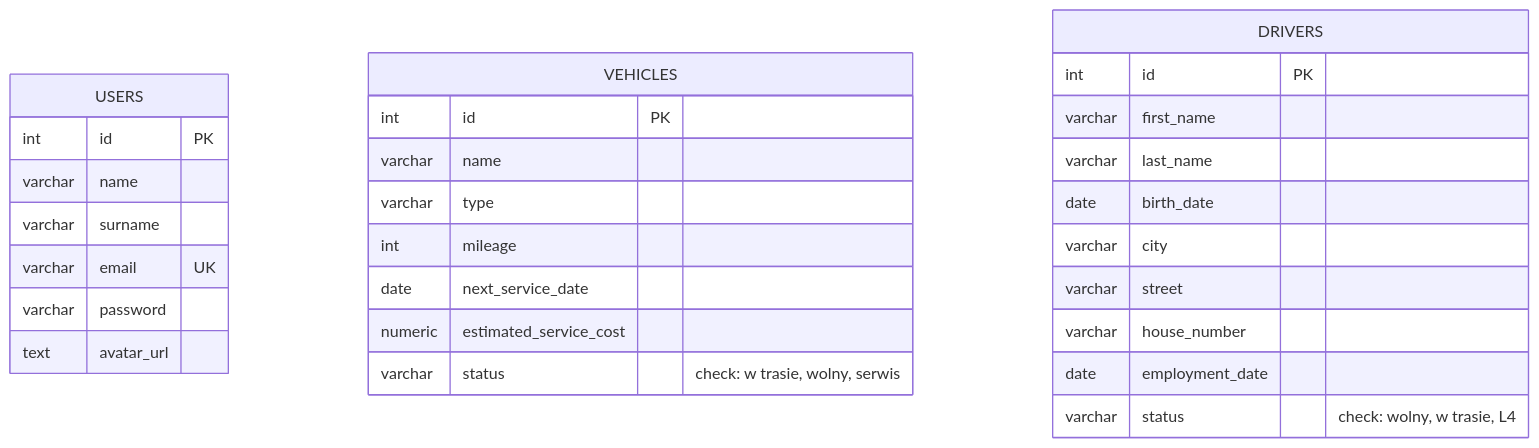
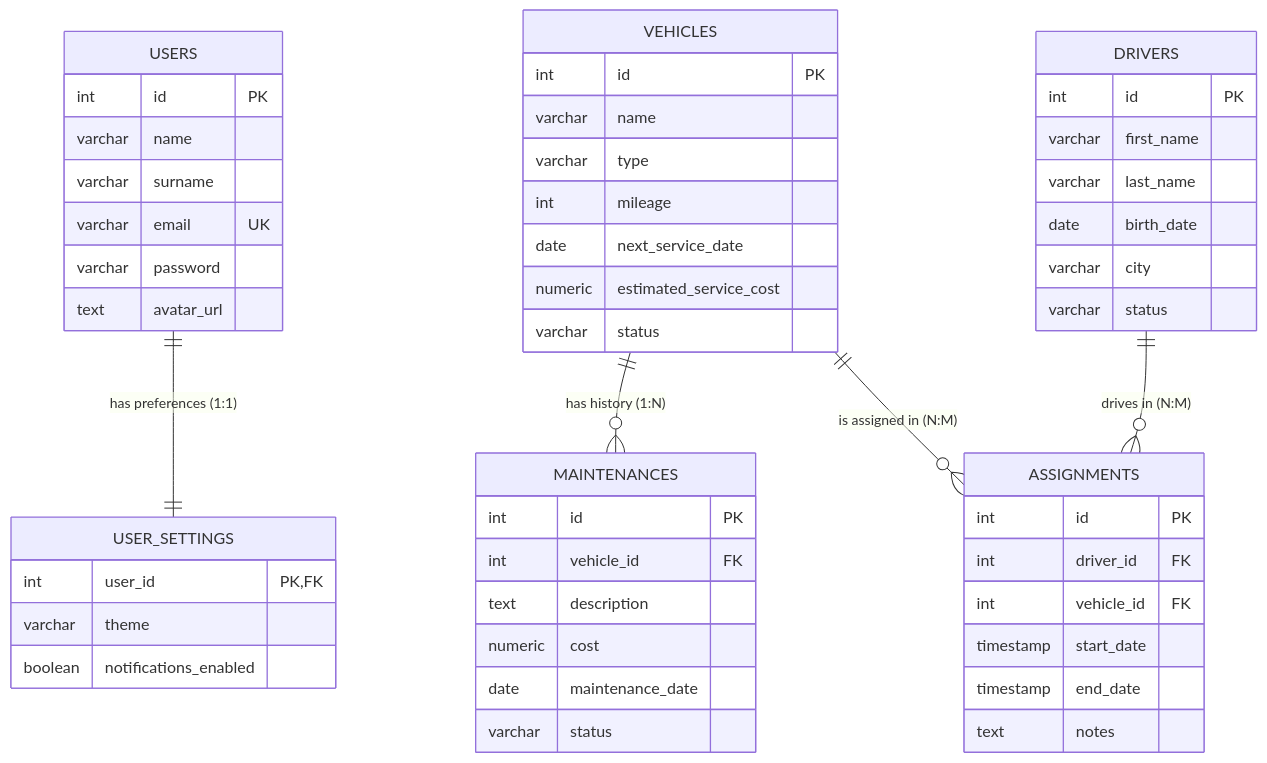
The diagram in ERD.md (pSus365/webintro), drawn with Mermaid before and after one commit. The commit also changed other lines of this file and 22 other files, not shown here.

````diff
--- a/ERD.md
+++ b/ERD.md
@@ -5,37 +5,59 @@
 ```mermaid
 erDiagram
+    USERS ||--|| USER_SETTINGS : "has preferences (1:1)"
+    VEHICLES ||--o{ MAINTENANCES : "has history (1:N)"
+    VEHICLES ||--o{ ASSIGNMENTS : "is assigned in (N:M)"
+    DRIVERS ||--o{ ASSIGNMENTS : "drives in (N:M)"
+
     USERS {
         int id PK
         varchar name
         varchar surname
         varchar email UK
         varchar password
         text avatar_url
     }
 
+    USER_SETTINGS {
+        int user_id PK,FK
+        varchar theme
+        boolean notifications_enabled
+    }
+
     VEHICLES {
         int id PK
         varchar name
         varchar type
         int mileage
         date next_service_date
         numeric estimated_service_cost
-        varchar status "check: w trasie, wolny, serwis"
+        varchar status
     }
 
     DRIVERS {
         int id PK
         varchar first_name
         varchar last_name
         date birth_date
         varchar city
-        varchar street
-        varchar house_number
-        date employment_date
-        varchar status "check: wolny, w trasie, L4"
+        varchar status
     }
 
-    %% Currently there are no defined Foreign Keys in init.sql
-    %% USERS ||--o{ VEHICLES : manages
-    %% USERS ||--o{ DRIVERS : manages
+    ASSIGNMENTS {
+        int id PK
+        int driver_id FK
+        int vehicle_id FK
+        timestamp start_date
+        timestamp end_date
+        text notes
+    }
+
+    MAINTENANCES {
+        int id PK
+        int vehicle_id FK
+        text description
+        numeric cost
+        date maintenance_date
+        varchar status
+    }
 ```
````
